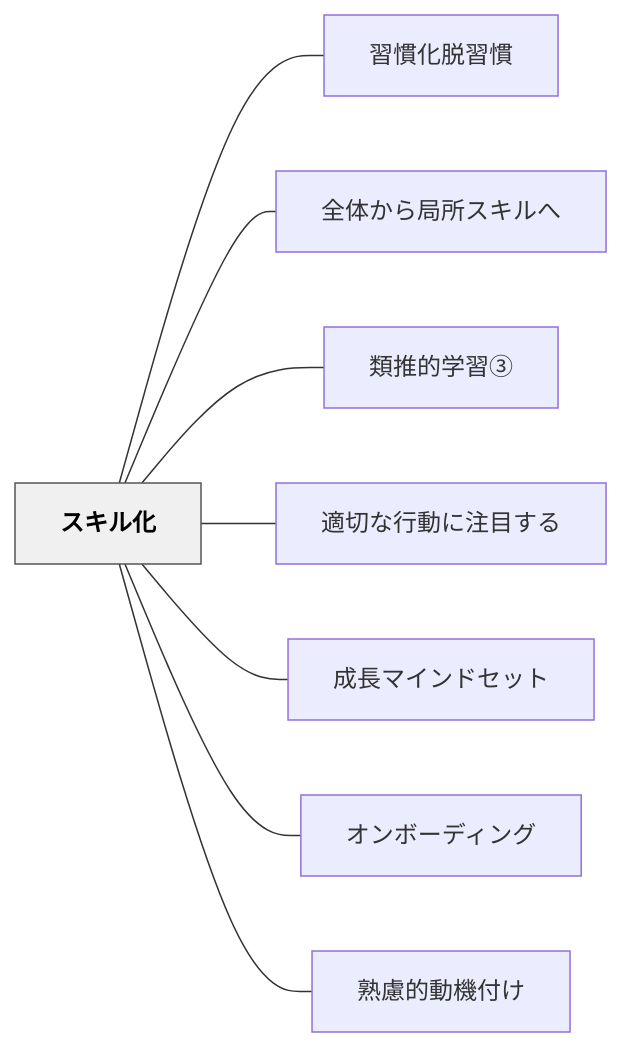
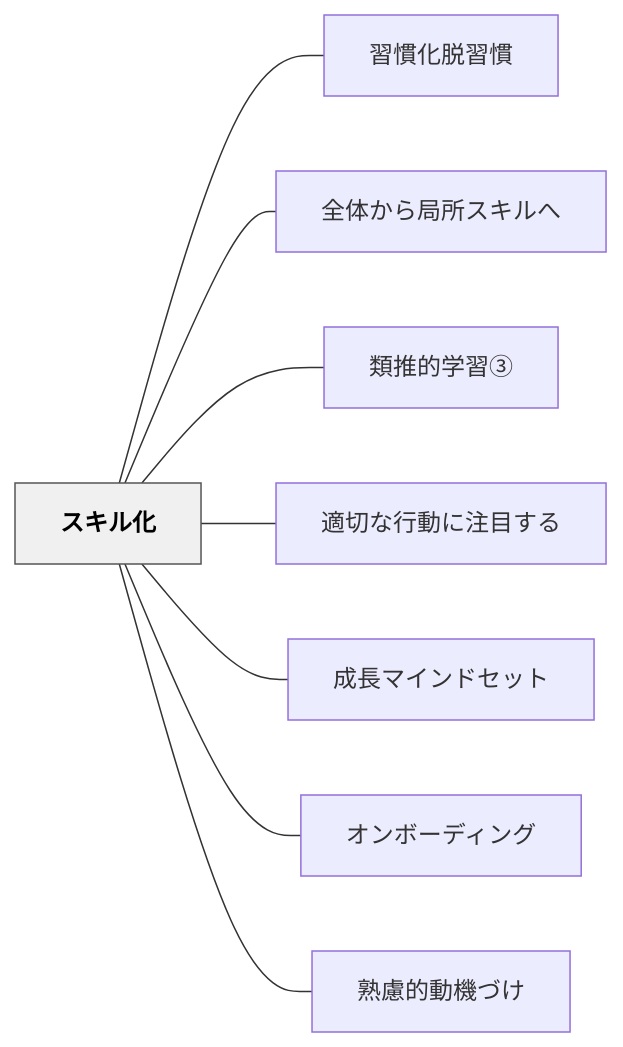
The diagram in content/パタン/スキル化.md (unknownthings-ed-patterns/unknownthings-ed-patterns), drawn with Mermaid before and after one commit. The commit also changed other lines of this file and 234 other files, not shown here.

````diff
--- a/content/パタン/スキル化.md
+++ b/content/パタン/スキル化.md
@@ -95,22 +95,22 @@
 ```mermaid
 flowchart LR
     ne382b9e382ade383abe58c96["スキル化"]
     ne7bf92e685a3e58c96e884b1e7bf92e685a3["習慣化脱習慣"]
     ne585a8e4bd93e3818be38289e5b180e68980e382b9e382ade383abe381b8["全体から局所スキルへ"]
     ne9a19ee68ea8e79a84e5ada6e7bf92e291a2["類推的学習③"]
     ne981a9e58887e381aae8a18ce58b95e381abe6b3a8e79baee38199e3828b["適切な行動に注目する"]
     ne68890e995b7e3839ee382a4e383b3e38389e382bbe38383e38388["成長マインドセット"]
     ne382aae383b3e3839ce383bce38387e382a3e383b3e382b0["オンボーディング"]
-    ne7869fe685aee79a84e58b95e6a99fe4bb98e38191["熟慮的動機付け"]
+    ne7869fe685aee79a84e58b95e6a99fe381a5e38191["熟慮的動機づけ"]
 
     ne382b9e382ade383abe58c96 --- ne7bf92e685a3e58c96e884b1e7bf92e685a3
     ne382b9e382ade383abe58c96 --- ne585a8e4bd93e3818be38289e5b180e68980e382b9e382ade383abe381b8
     ne382b9e382ade383abe58c96 --- ne9a19ee68ea8e79a84e5ada6e7bf92e291a2
     ne382b9e382ade383abe58c96 --- ne981a9e58887e381aae8a18ce58b95e381abe6b3a8e79baee38199e3828b
     ne382b9e382ade383abe58c96 --- ne68890e995b7e3839ee382a4e383b3e38389e382bbe38383e38388
     ne382b9e382ade383abe58c96 --- ne382aae383b3e3839ce383bce38387e382a3e383b3e382b0
-    ne382b9e382ade383abe58c96 --- ne7869fe685aee79a84e58b95e6a99fe4bb98e38191
+    ne382b9e382ade383abe58c96 --- ne7869fe685aee79a84e58b95e6a99fe381a5e38191
 
     classDef hub fill:#f0f0f0,stroke:#555,color:#000,font-weight:bold
     class ne382b9e382ade383abe58c96 hub
 ```
````
